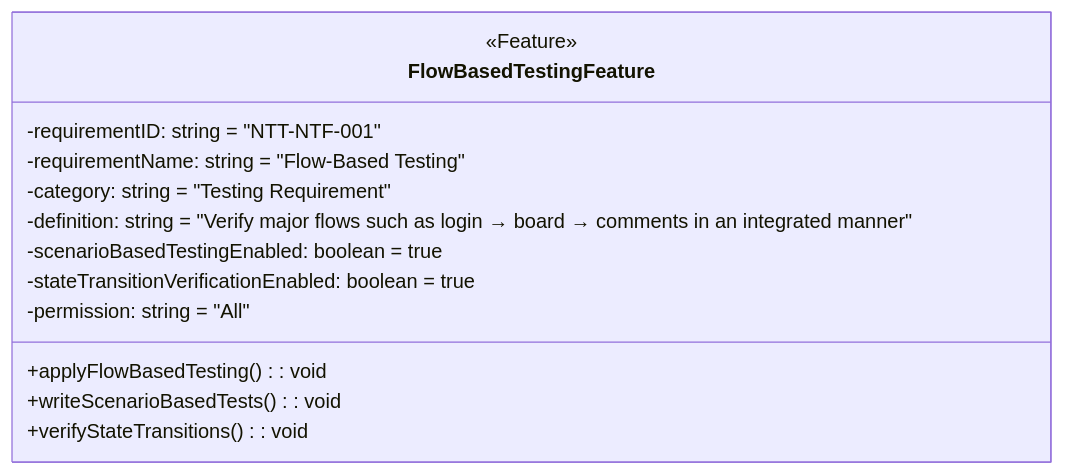
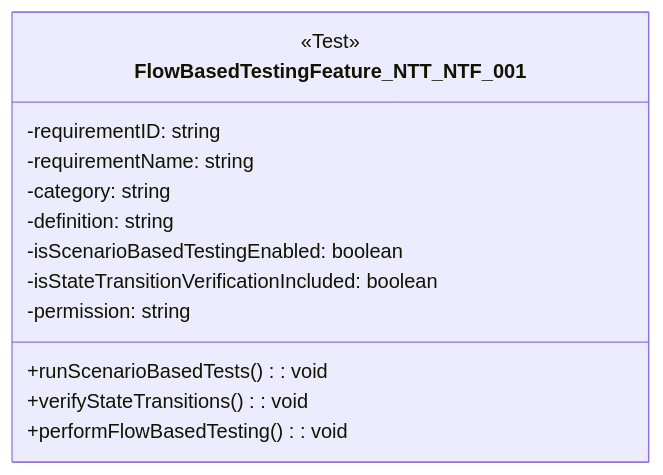
One commit to sun922/University-SoftwareDesign changed diagram 25 of 32 in 1. Requirement Analysis/Software Requirements Specification.md. Above: the diagram before and after it, drawn with Mermaid. The commit also changed other lines of this file, not shown here.

````diff
--- a/1. Requirement Analysis/Software Requirements Specification.md
+++ b/1. Requirement Analysis/Software Requirements Specification.md
@@ -770,18 +781,17 @@
 ```mermaid
 classDiagram
-    class FlowBasedTestingFeature {
-        <<Feature>>
-        -requirementID: string = "NTT-NTF-001"
-        -requirementName: string = "Flow-Based Testing"
-        -category: string = "Testing Requirement"
-        -definition: string = "Verify major flows such as login → board → comments in an integrated manner"
-        -scenarioBasedTestingEnabled: boolean = true
-        -stateTransitionVerificationEnabled: boolean = true
-        -permission: string = "All"
+    class FlowBasedTestingFeature_NTT_NTF_001 {
+        <<Test>>
+        -requirementID: string
+        -requirementName: string
+        -category: string
+        -definition: string
+        -isScenarioBasedTestingEnabled: boolean
+        -isStateTransitionVerificationIncluded: boolean
+        -permission: string
 
-        +applyFlowBasedTesting(): void
-        +writeScenarioBasedTests(): void
+        +runScenarioBasedTests(): void
         +verifyStateTransitions(): void
+        +performFlowBasedTesting(): void
     }
-
 ```
````
